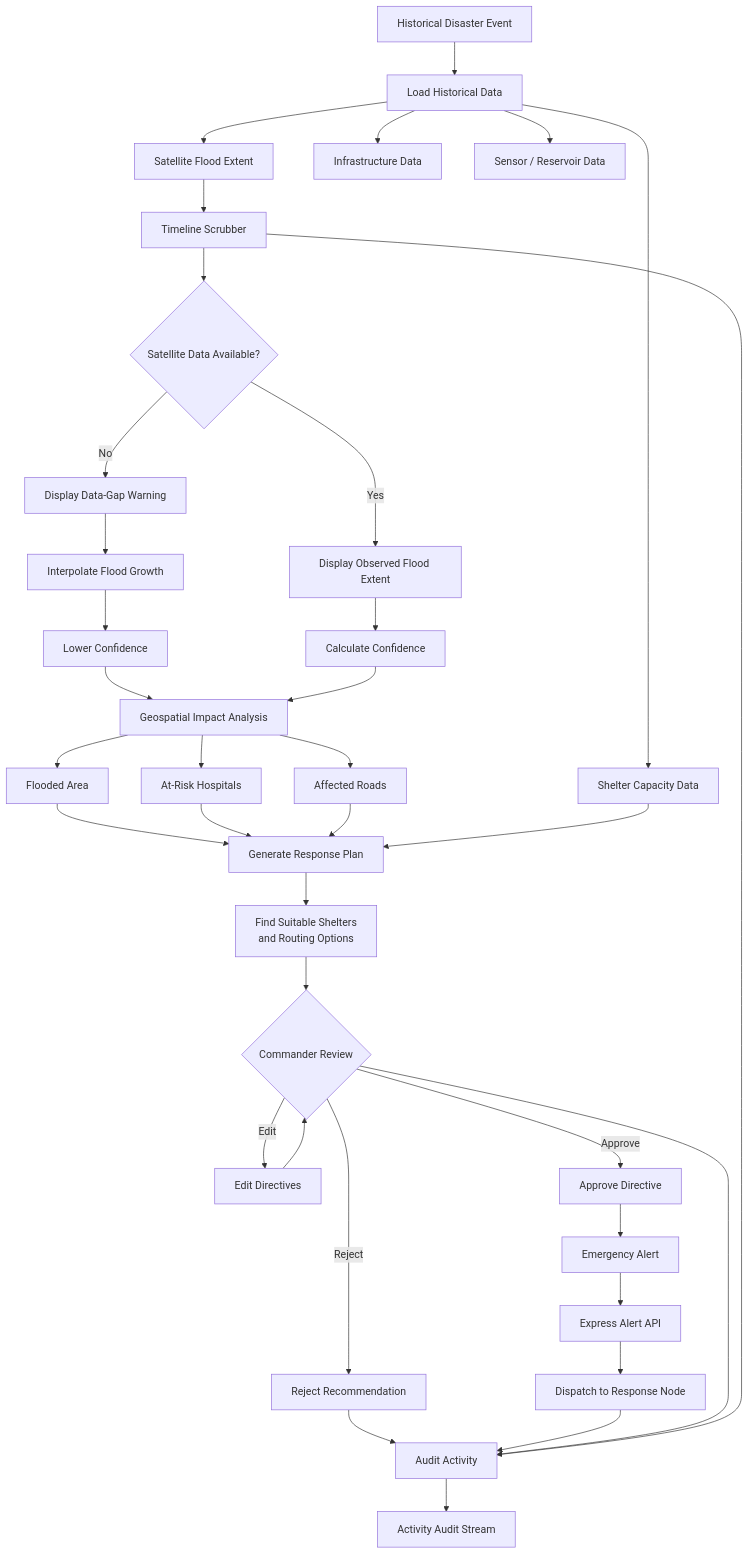
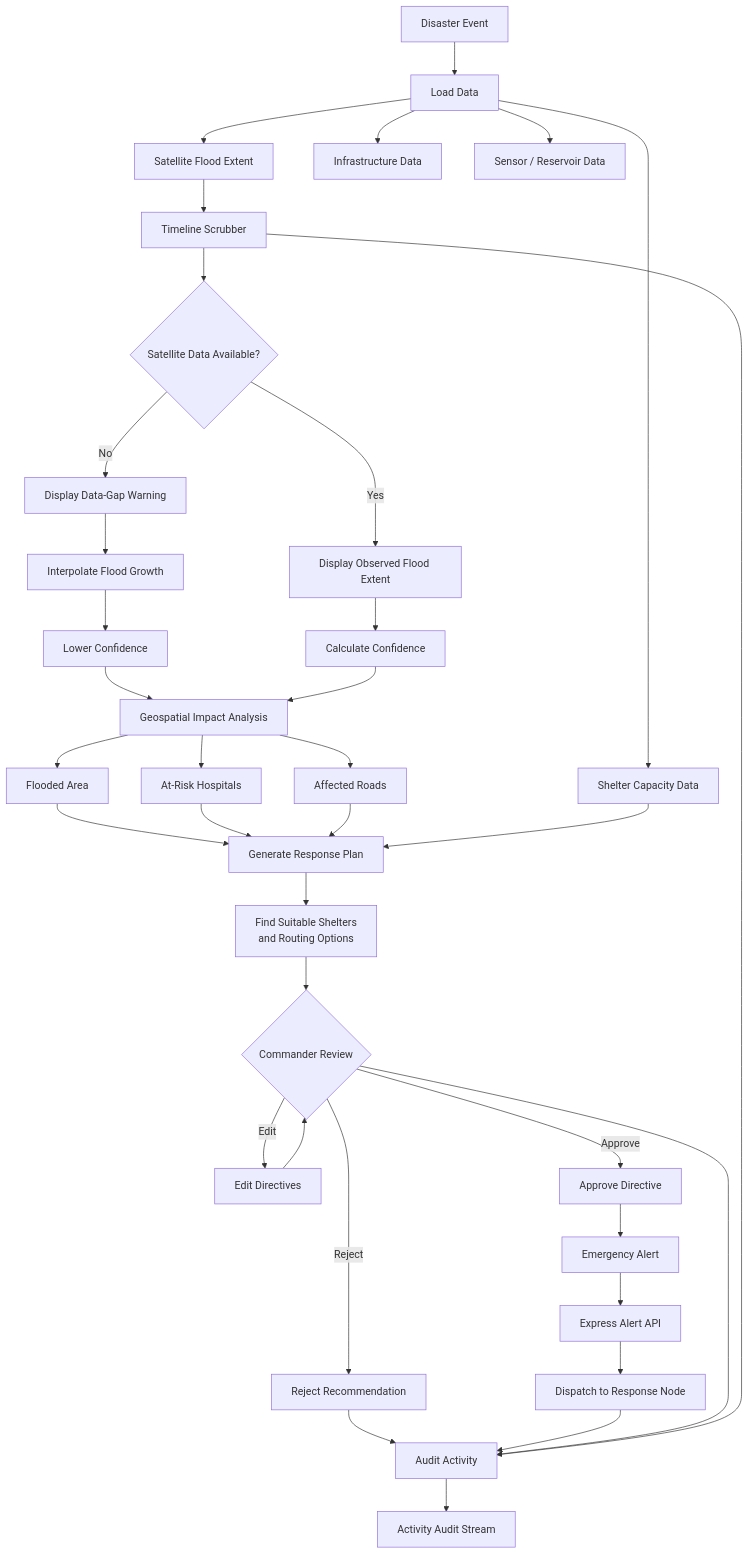
One commit to adiscripts03/CodeRush2.0_Team-Apex changed the second of 4 diagrams in readme.md. Above: the diagram before and after it, drawn with Mermaid. The commit also changed other lines of this file, not shown here.

````diff
--- a/readme.md
+++ b/readme.md
@@ -137,54 +137,54 @@
 ```mermaid
 flowchart TD
-    START["Historical Disaster Event"] --> DATA["Load Historical Data"]
+    START["Disaster Event"] --> DATA["Load Data"]
 
     DATA --> SAT["Satellite Flood Extent"]
     DATA --> INFRA["Infrastructure Data"]
     DATA --> SENSOR["Sensor / Reservoir Data"]
     DATA --> SHELTER["Shelter Capacity Data"]
 
     SAT --> TIME["Timeline Scrubber"]
 
     TIME --> CHECK{"Satellite Data Available?"}
 
     CHECK -->|Yes| FLOOD["Display Observed Flood Extent"]
     CHECK -->|No| GAP["Display Data-Gap Warning"]
 
     GAP --> INTERP["Interpolate Flood Growth"]
     INTERP --> CONF["Lower Confidence"]
 
     FLOOD --> CONF2["Calculate Confidence"]
 
     CONF --> IMPACT["Geospatial Impact Analysis"]
     CONF2 --> IMPACT
 
     IMPACT --> AREA["Flooded Area"]
     IMPACT --> HOSP["At-Risk Hospitals"]
     IMPACT --> ROADS["Affected Roads"]
 
     AREA --> PLAN["Generate Response Plan"]
     HOSP --> PLAN
     ROADS --> PLAN
     SHELTER --> PLAN
 
     PLAN --> ROUTE["Find Suitable Shelters<br/>and Routing Options"]
 
     ROUTE --> REVIEW{"Commander Review"}
 
     REVIEW -->|Edit| EDIT["Edit Directives"]
     EDIT --> REVIEW
 
     REVIEW -->|Reject| REJECT["Reject Recommendation"]
     REVIEW -->|Approve| APPROVE["Approve Directive"]
 
     APPROVE --> ALERT["Emergency Alert"]
     ALERT --> API["Express Alert API"]
     API --> DISPATCH["Dispatch to Response Node"]
 
     REJECT --> LOG["Audit Activity"]
     DISPATCH --> LOG
     REVIEW --> LOG
     TIME --> LOG
 
     LOG --> ACTIVITY["Activity Audit Stream"]
 ```
````
